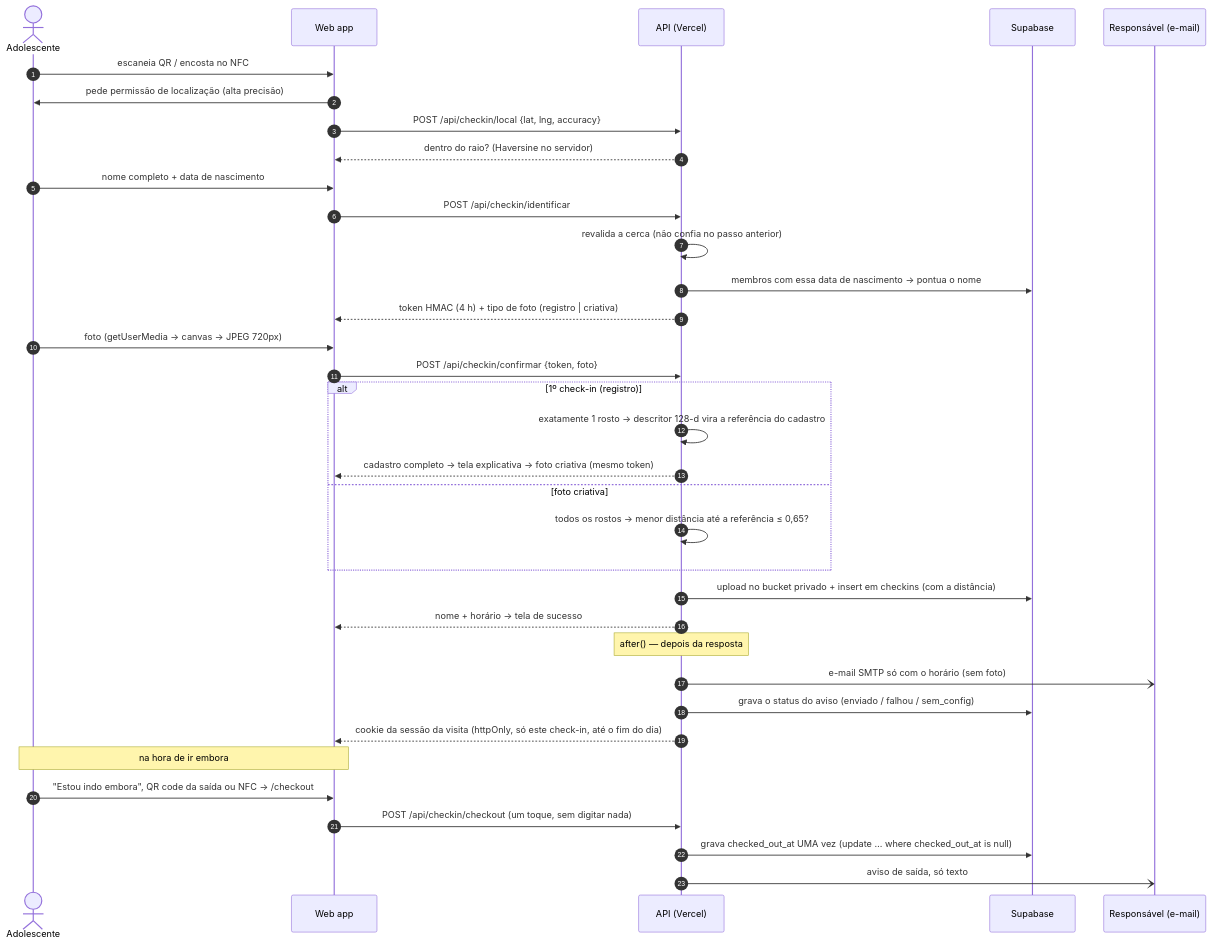
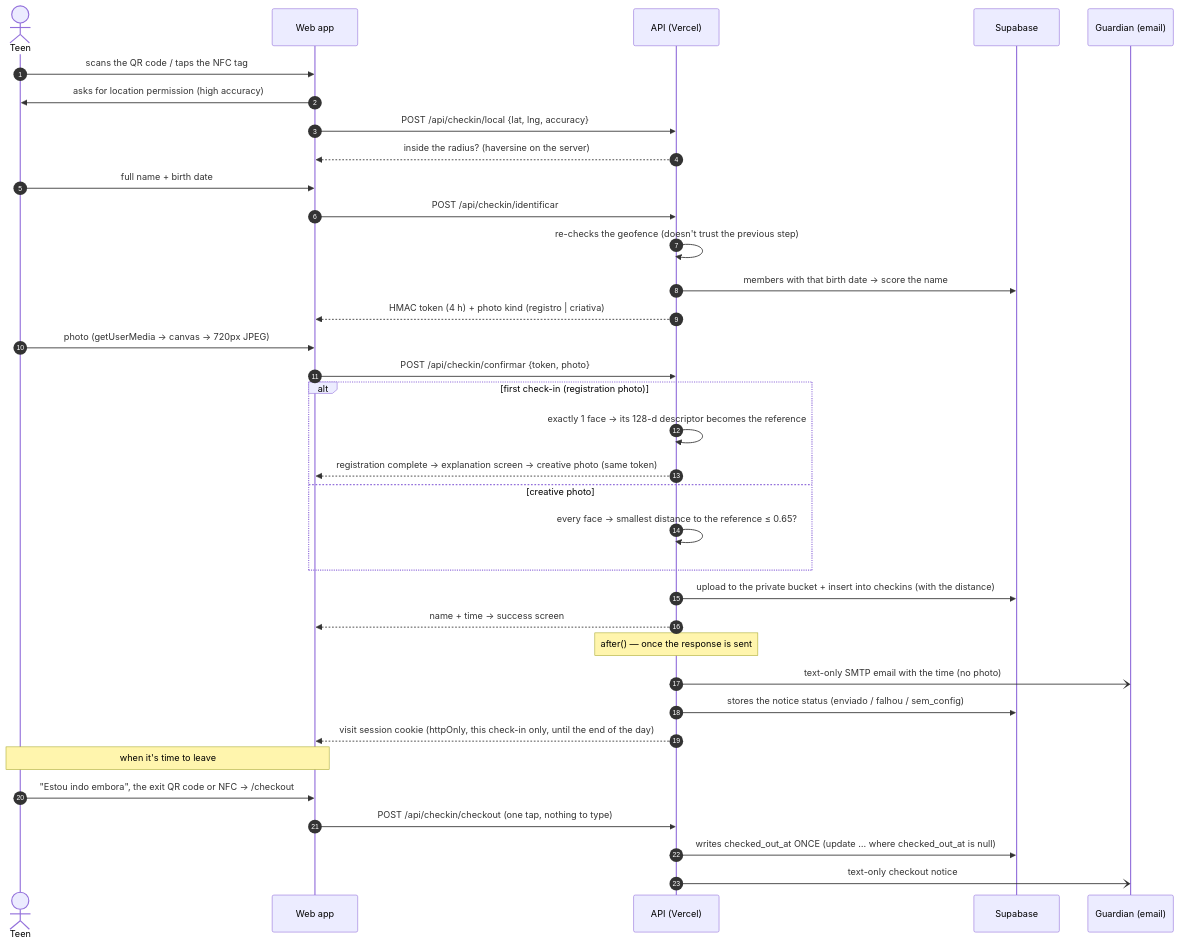
One commit to pedroeduardo36/flag-checkin changed the second of 2 diagrams in README.md. Above: the diagram before and after it, drawn with Mermaid. The commit also changed other lines of this file and 130 other files, not shown here.

````diff
--- a/README.md
+++ b/README.md
@@ -139,38 +146,38 @@
 ```mermaid
 sequenceDiagram
   autonumber
-  actor A as Adolescente
+  actor T as Teen
   participant W as Web app
   participant S as API (Vercel)
   participant D as Supabase
-  participant R as Responsável (e-mail)
+  participant G as Guardian (email)
 
-  A->>W: escaneia QR / encosta no NFC
-  W->>A: pede permissão de localização (alta precisão)
+  T->>W: scans the QR code / taps the NFC tag
+  W->>T: asks for location permission (high accuracy)
   W->>S: POST /api/checkin/local {lat, lng, accuracy}
-  S-->>W: dentro do raio? (Haversine no servidor)
-  A->>W: nome completo + data de nascimento
+  S-->>W: inside the radius? (haversine on the server)
+  T->>W: full name + birth date
   W->>S: POST /api/checkin/identificar
-  S->>S: revalida a cerca (não confia no passo anterior)
-  S->>D: membros com essa data de nascimento → pontua o nome
-  S-->>W: token HMAC (4 h) + tipo de foto (registro | criativa)
-  A->>W: foto (getUserMedia → canvas → JPEG 720px)
-  W->>S: POST /api/checkin/confirmar {token, foto}
-  alt 1º check-in (registro)
-    S->>S: exatamente 1 rosto → descritor 128-d vira a referência do cadastro
-    S-->>W: cadastro completo → tela explicativa → foto criativa (mesmo token)
-  else foto criativa
-    S->>S: todos os rostos → menor distância até a referência ≤ 0,65?
+  S->>S: re-checks the geofence (doesn't trust the previous step)
+  S->>D: members with that birth date → score the name
+  S-->>W: HMAC token (4 h) + photo kind (registro | criativa)
+  T->>W: photo (getUserMedia → canvas → 720px JPEG)
+  W->>S: POST /api/checkin/confirmar {token, photo}
+  alt first check-in (registration photo)
+    S->>S: exactly 1 face → its 128-d descriptor becomes the reference
+    S-->>W: registration complete → explanation screen → creative photo (same token)
+  else creative photo
+    S->>S: every face → smallest distance to the reference ≤ 0.65?
   end
-  S->>D: upload no bucket privado + insert em checkins (com a distância)
-  S-->>W: nome + horário → tela de sucesso
-  Note over S: after() — depois da resposta
-  S-)R: e-mail SMTP só com o horário (sem foto)
-  S->>D: grava o status do aviso (enviado / falhou / sem_config)
-  S-->>W: cookie da sessão da visita (httpOnly, só este check-in, até o fim do dia)
-  Note over A,W: na hora de ir embora
-  A->>W: "Estou indo embora", QR code da saída ou NFC → /checkout
-  W->>S: POST /api/checkin/checkout (um toque, sem digitar nada)
-  S->>D: grava checked_out_at UMA vez (update … where checked_out_at is null)
-  S-)R: aviso de saída, só texto
+  S->>D: upload to the private bucket + insert into checkins (with the distance)
+  S-->>W: name + time → success screen
+  Note over S: after() — once the response is sent
+  S-)G: text-only SMTP email with the time (no photo)
+  S->>D: stores the notice status (enviado / falhou / sem_config)
+  S-->>W: visit session cookie (httpOnly, this check-in only, until the end of the day)
+  Note over T,W: when it's time to leave
+  T->>W: "Estou indo embora", the exit QR code or NFC → /checkout
+  W->>S: POST /api/checkin/checkout (one tap, nothing to type)
+  S->>D: writes checked_out_at ONCE (update … where checked_out_at is null)
+  S-)G: text-only checkout notice
 ```
````
